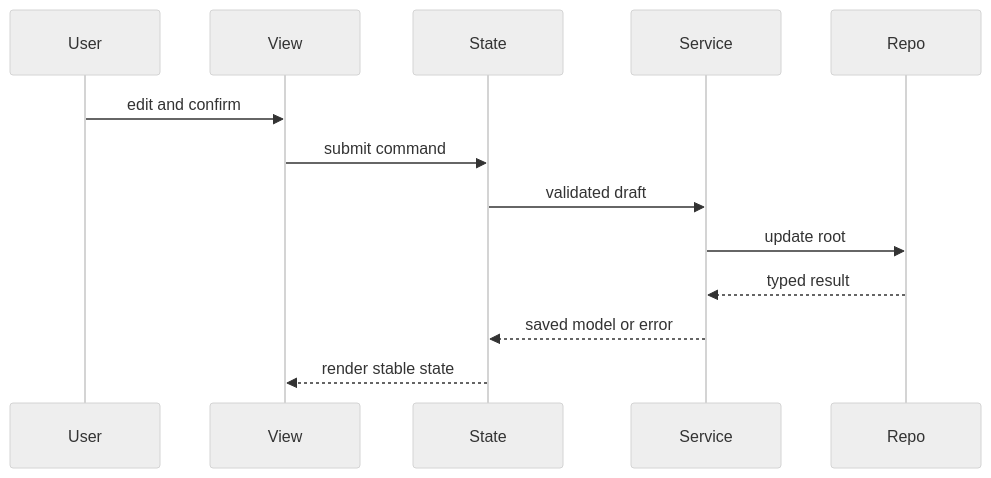
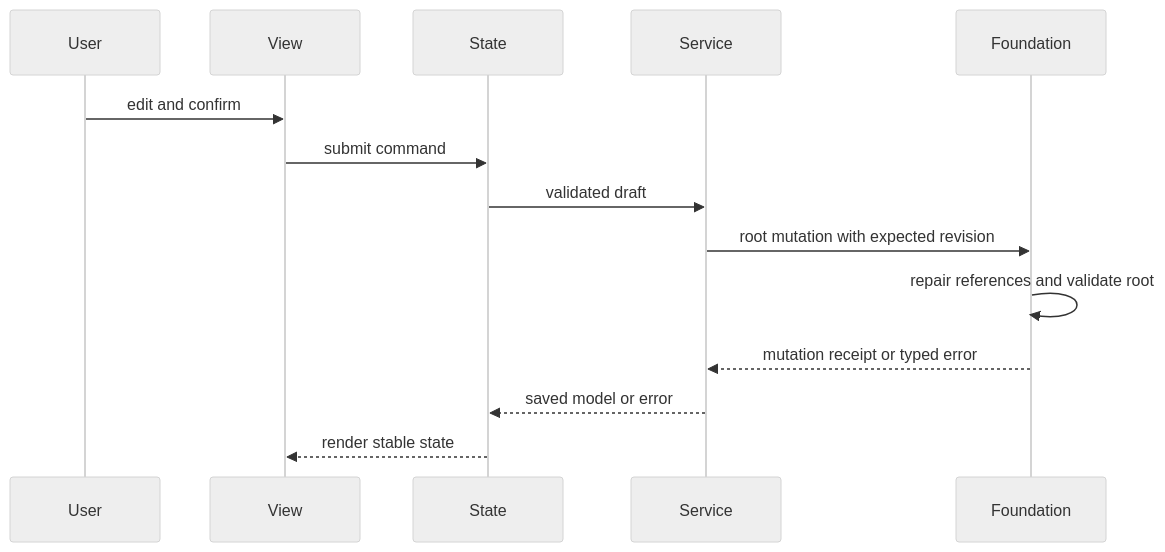
The second of 2 diagrams in .kiro/specs/project-candidate-management/design.md (Huruikagi/pc-build-planner), drawn with Mermaid (neutral theme) before and after one commit. The commit also changed other lines of this file and 20 other files, not shown here.

````diff
--- a/.kiro/specs/project-candidate-management/design.md
+++ b/.kiro/specs/project-candidate-management/design.md
@@ -88,15 +98,16 @@
 ```mermaid
 sequenceDiagram
     participant User
     participant View
     participant State
     participant Service
-    participant Repo
+    participant Foundation
     User->>View: edit and confirm
     View->>State: submit command
     State->>Service: validated draft
-    Service->>Repo: update root
-    Repo-->>Service: typed result
+    Service->>Foundation: root mutation with expected revision
+    Foundation->>Foundation: repair references and validate root
+    Foundation-->>Service: mutation receipt or typed error
     Service-->>State: saved model or error
     State-->>View: render stable state
 ```
````
